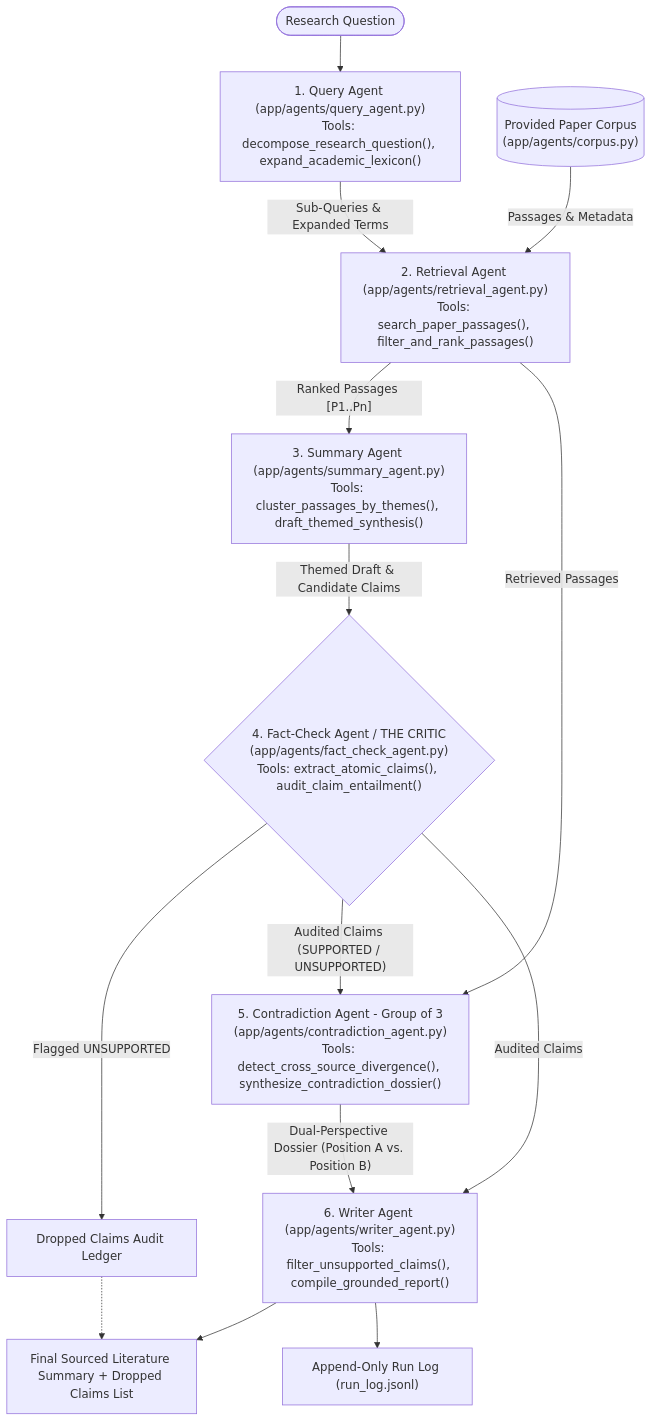
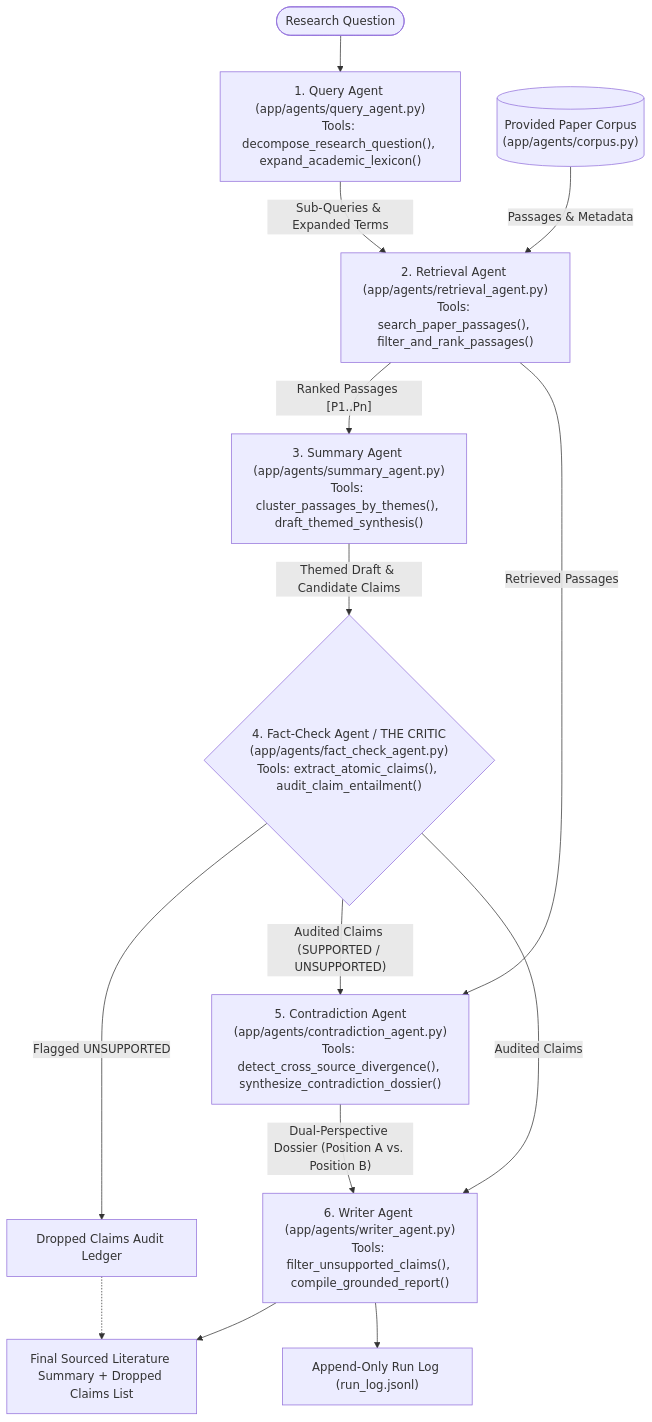
One commit to rock-debug/AgenticCA2 changed the diagram in architecture_diagram.md. Above: the diagram before and after it, drawn with Mermaid. The commit also changed 26 other files, not shown here.

````diff
--- a/architecture_diagram.md
+++ b/architecture_diagram.md
@@ -6,16 +6,16 @@
 ```mermaid
 flowchart TD
     User(["Research Question"]) --> Q["1. Query Agent (app/agents/query_agent.py)<br/>Tools: decompose_research_question(), expand_academic_lexicon()"]
     Q -->|"Sub-Queries & Expanded Terms"| R["2. Retrieval Agent (app/agents/retrieval_agent.py)<br/>Tools: search_paper_passages(), filter_and_rank_passages()"]
     Corpus[("Provided Paper Corpus<br/>(app/agents/corpus.py)")] -->|"Passages & Metadata"| R
     R -->|"Ranked Passages [P1..Pn]"| S["3. Summary Agent (app/agents/summary_agent.py)<br/>Tools: cluster_passages_by_themes(), draft_themed_synthesis()"]
     S -->|"Themed Draft & Candidate Claims"| F{"4. Fact-Check Agent / THE CRITIC<br/>(app/agents/fact_check_agent.py)<br/>Tools: extract_atomic_claims(), audit_claim_entailment()"}
     F -->|"Flagged UNSUPPORTED"| Dropped["Dropped Claims Audit Ledger"]
-    F -->|"Audited Claims (SUPPORTED / UNSUPPORTED)"| C["5. Contradiction Agent - Group of 3<br/>(app/agents/contradiction_agent.py)<br/>Tools: detect_cross_source_divergence(), synthesize_contradiction_dossier()"]
+    F -->|"Audited Claims (SUPPORTED / UNSUPPORTED)"| C["5. Contradiction Agent<br/>(app/agents/contradiction_agent.py)<br/>Tools: detect_cross_source_divergence(), synthesize_contradiction_dossier()"]
     R -->|"Retrieved Passages"| C
     C -->|"Dual-Perspective Dossier (Position A vs. Position B)"| W["6. Writer Agent (app/agents/writer_agent.py)<br/>Tools: filter_unsupported_claims(), compile_grounded_report()"]
     F -->|"Audited Claims"| W
     W --> Out["Final Sourced Literature Summary + Dropped Claims List"]
     W --> Log["Append-Only Run Log (run_log.jsonl)"]
     Dropped -.-> Out
 ```
````
